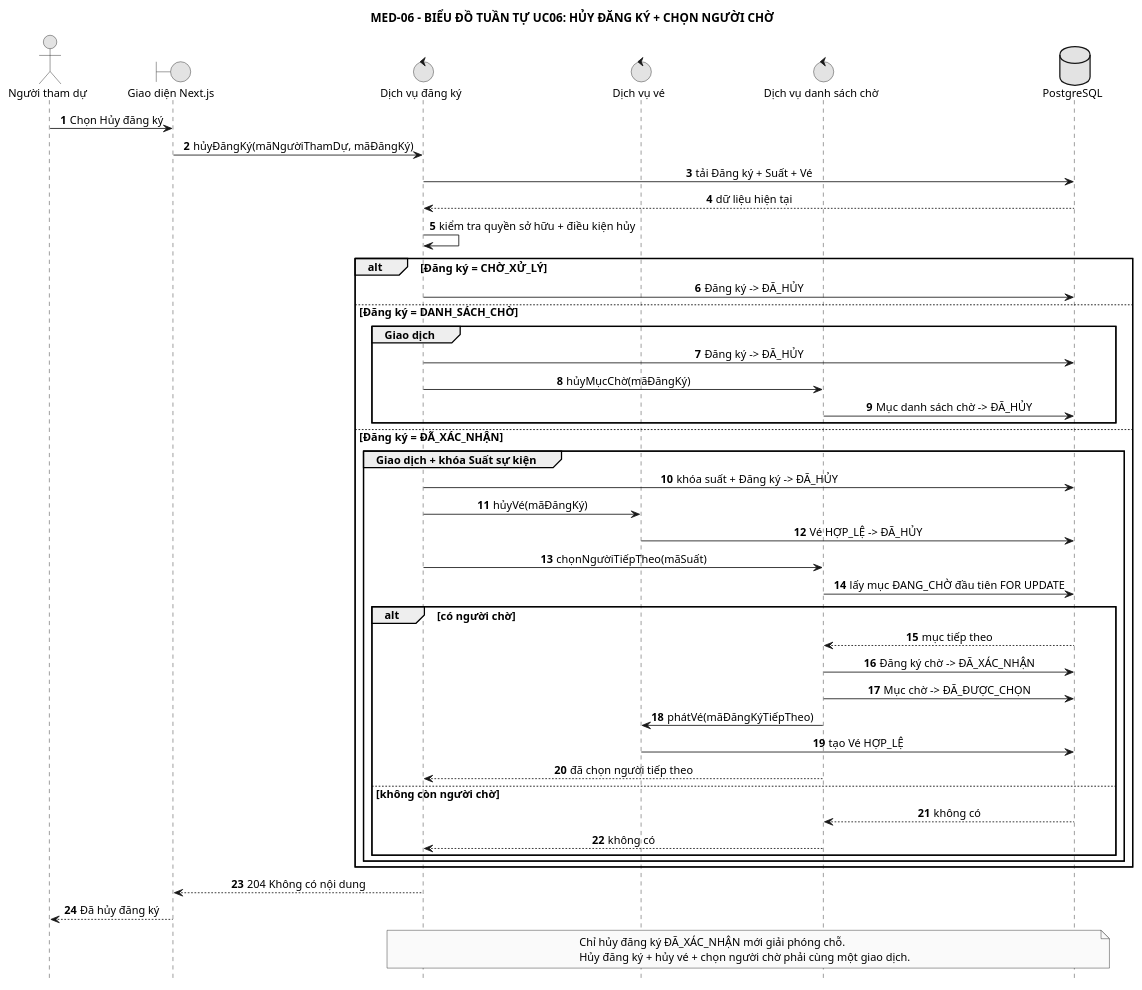
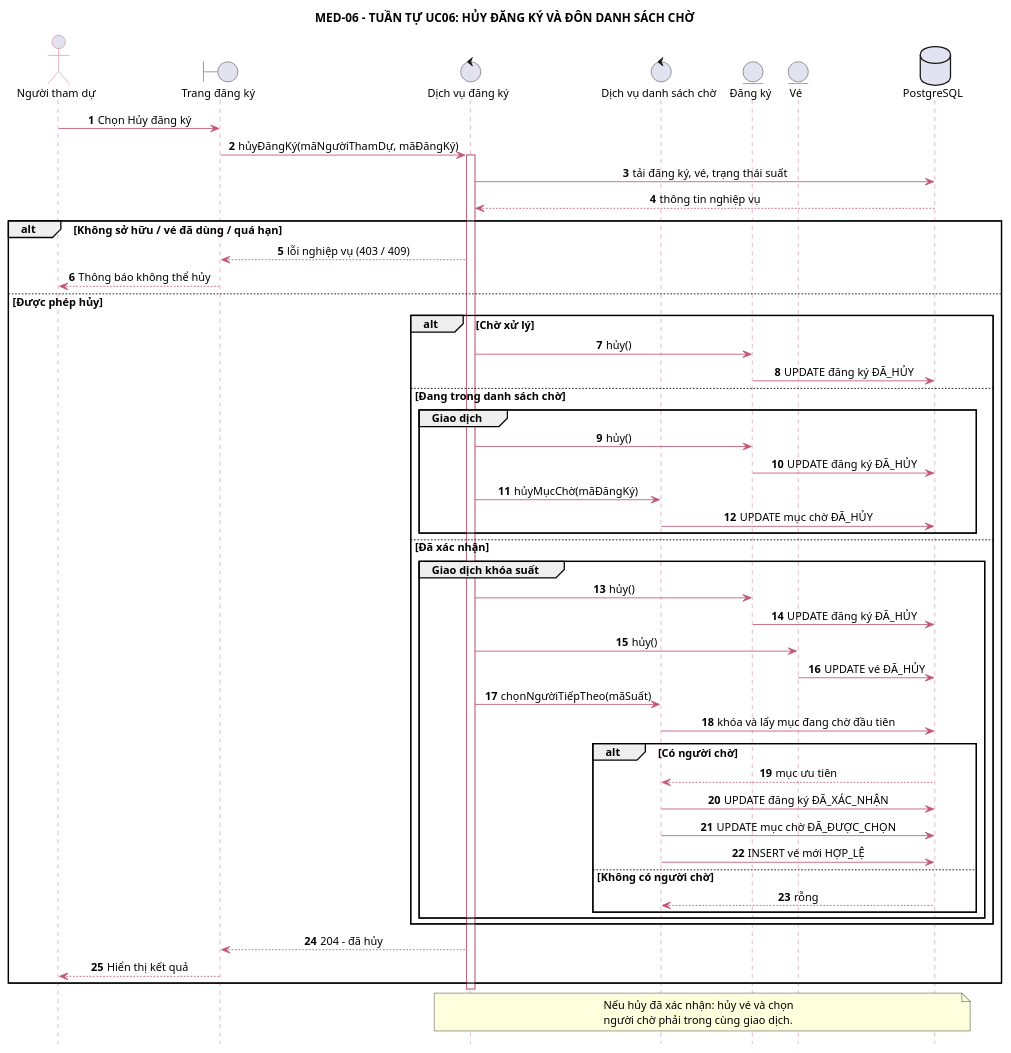
One commit to anh632k-ui/OOP-DoAn changed the diagram in PTTK/05_Sequence/02-uc06-cancel-promote-waitlist.puml. Above: the diagram before and after it, drawn with PlantUML. The commit also changed 4 other files, not shown here.

Commit message:
fix(pttk): 5 Sequence theo Actor Boundary Control Entity, phân nhánh lỗi và giao dịch

```diff
--- a/PTTK/05_Sequence/02-uc06-cancel-promote-waitlist.puml
+++ b/PTTK/05_Sequence/02-uc06-cancel-promote-waitlist.puml
@@ -1,55 +1,70 @@
 @startuml
-skinparam monochrome true
+skinparam backgroundColor white
 skinparam shadowing false
+skinparam defaultFontName Arial
 skinparam defaultFontSize 13
 skinparam sequenceMessageAlign center
 skinparam responseMessageBelowArrow true
+skinparam sequence {
+  ArrowColor #C05773
+  LifeLineBorderColor #C05773
+  ParticipantBackgroundColor #FFF8CE
+  ParticipantBorderColor #C05773
+  ActorBorderColor #C05773
+}
 hide footbox
-title MED-06 - BIỂU ĐỒ TUẦN TỰ UC06: HỦY ĐĂNG KÝ + CHỌN NGƯỜI CHỜ
-actor "Người tham dự" as NTD
-boundary "Giao diện Next.js" as UI
+autonumber
+title MED-06 - TUẦN TỰ UC06: HỦY ĐĂNG KÝ VÀ ĐÔN DANH SÁCH CHỜ
+actor "Người tham dự" as A
+boundary "Trang đăng ký" as UI
 control "Dịch vụ đăng ký" as DK
-control "Dịch vụ vé" as VE
-control "Dịch vụ danh sách chờ" as DSC
-database "PostgreSQL" as CSDL
-autonumber
-NTD -> UI : Chọn Hủy đăng ký
+control "Dịch vụ danh sách chờ" as CHO
+entity "Đăng ký" as ENT
+entity "Vé" as VE
+database "PostgreSQL" as DB
+A -> UI : Chọn Hủy đăng ký
 UI -> DK : hủyĐăngKý(mãNgườiThamDự, mãĐăngKý)
-DK -> CSDL : tải Đăng ký + Suất + Vé
-CSDL --> DK : dữ liệu hiện tại
-DK -> DK : kiểm tra quyền sở hữu + điều kiện hủy
-alt Đăng ký = CHỜ_XỬ_LÝ
-  DK -> CSDL : Đăng ký -> ĐÃ_HỦY
-else Đăng ký = DANH_SÁCH_CHỜ
-  group Giao dịch
-    DK -> CSDL : Đăng ký -> ĐÃ_HỦY
-    DK -> DSC : hủyMụcChờ(mãĐăngKý)
-    DSC -> CSDL : Mục danh sách chờ -> ĐÃ_HỦY
-  end
-else Đăng ký = ĐÃ_XÁC_NHẬN
-  group Giao dịch + khóa Suất sự kiện
-    DK -> CSDL : khóa suất + Đăng ký -> ĐÃ_HỦY
-    DK -> VE : hủyVé(mãĐăngKý)
-    VE -> CSDL : Vé HỢP_LỆ -> ĐÃ_HỦY
-    DK -> DSC : chọnNgườiTiếpTheo(mãSuất)
-    DSC -> CSDL : lấy mục ĐANG_CHỜ đầu tiên FOR UPDATE
-    alt có người chờ
-      CSDL --> DSC : mục tiếp theo
-      DSC -> CSDL : Đăng ký chờ -> ĐÃ_XÁC_NHẬN
-      DSC -> CSDL : Mục chờ -> ĐÃ_ĐƯỢC_CHỌN
-      DSC -> VE : phátVé(mãĐăngKýTiếpTheo)
-      VE -> CSDL : tạo Vé HỢP_LỆ
-      DSC --> DK : đã chọn người tiếp theo
-    else không còn người chờ
-      CSDL --> DSC : không có
-      DSC --> DK : không có
+activate DK
+DK -> DB : tải đăng ký, vé, trạng thái suất
+DB --> DK : thông tin nghiệp vụ
+alt Không sở hữu / vé đã dùng / quá hạn
+  DK --> UI : lỗi nghiệp vụ (403 / 409)
+  UI --> A : Thông báo không thể hủy
+else Được phép hủy
+  alt Chờ xử lý
+    DK -> ENT : hủy()
+    ENT -> DB : UPDATE đăng ký ĐÃ_HỦY
+  else Đang trong danh sách chờ
+    group Giao dịch
+      DK -> ENT : hủy()
+      ENT -> DB : UPDATE đăng ký ĐÃ_HỦY
+      DK -> CHO : hủyMụcChờ(mãĐăngKý)
+      CHO -> DB : UPDATE mục chờ ĐÃ_HỦY
+    end
+  else Đã xác nhận
+    group Giao dịch khóa suất
+      DK -> ENT : hủy()
+      ENT -> DB : UPDATE đăng ký ĐÃ_HỦY
+      DK -> VE : hủy()
+      VE -> DB : UPDATE vé ĐÃ_HỦY
+      DK -> CHO : chọnNgườiTiếpTheo(mãSuất)
+      CHO -> DB : khóa và lấy mục đang chờ đầu tiên
+      alt Có người chờ
+        DB --> CHO : mục ưu tiên
+        CHO -> DB : UPDATE đăng ký ĐÃ_XÁC_NHẬN
+        CHO -> DB : UPDATE mục chờ ĐÃ_ĐƯỢC_CHỌN
+        CHO -> DB : INSERT vé mới HỢP_LỆ
+      else Không có người chờ
+        DB --> CHO : rỗng
+      end
     end
   end
+  DK --> UI : 204 - đã hủy
+  UI --> A : Hiển thị kết quả
 end
-DK --> UI : 204 Không có nội dung
-UI --> NTD : Đã hủy đăng ký
-note over DK,CSDL
-Chỉ hủy đăng ký ĐÃ_XÁC_NHẬN mới giải phóng chỗ.
-Hủy đăng ký + hủy vé + chọn người chờ phải cùng một giao dịch.
+deactivate DK
+note over DK,DB
+Nếu hủy đã xác nhận: hủy vé và chọn
+người chờ phải trong cùng giao dịch.
 end note
 @enduml
```
